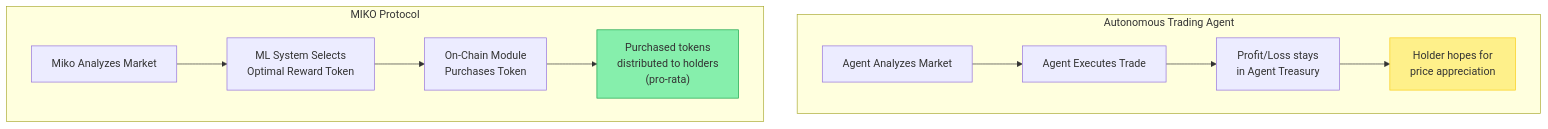
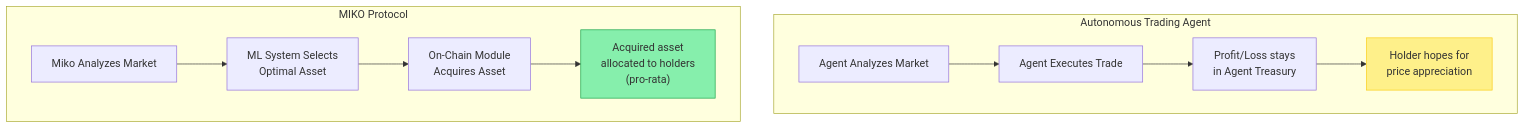
One commit to Miko-Protocol/docs changed the second of 2 diagrams in docs/ecosystem/competitive-landscape.md. Above: the diagram before and after it, drawn with Mermaid. The commit also changed other lines of this file and 17 other files, not shown here.

````diff
--- a/docs/ecosystem/competitive-landscape.md
+++ b/docs/ecosystem/competitive-landscape.md
@@ -97,15 +89,15 @@
 ```mermaid
 graph TD
     subgraph "Autonomous Trading Agent"
         T1["Agent Analyzes Market"] --> T2["Agent Executes Trade"]
         T2 --> T3["Profit/Loss stays<br/>in Agent Treasury"]
         T3 --> T4["Holder hopes for<br/>price appreciation"]
     end
     subgraph "MIKO Protocol"
-        M1["Miko Analyzes Market"] --> M2["ML System Selects<br/>Optimal Reward Token"]
-        M2 --> M3["On-Chain Module<br/>Purchases Token"]
-        M3 --> M4["Purchased tokens<br/>distributed to holders<br/>(pro-rata)"]
+        M1["Miko Analyzes Market"] --> M2["ML System Selects<br/>Optimal Asset"]
+        M2 --> M3["On-Chain Module<br/>Acquires Asset"]
+        M3 --> M4["Acquired asset<br/>allocated to holders<br/>(pro-rata)"]
     end
     style T4 fill:#fef08a,stroke:#facc15
     style M4 fill:#86efac,stroke:#16a34a
 ```
````
